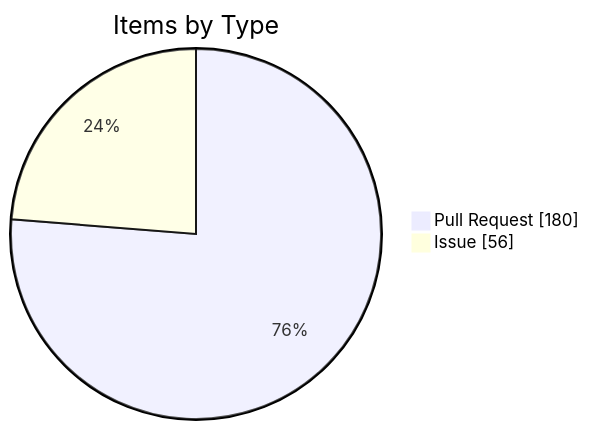
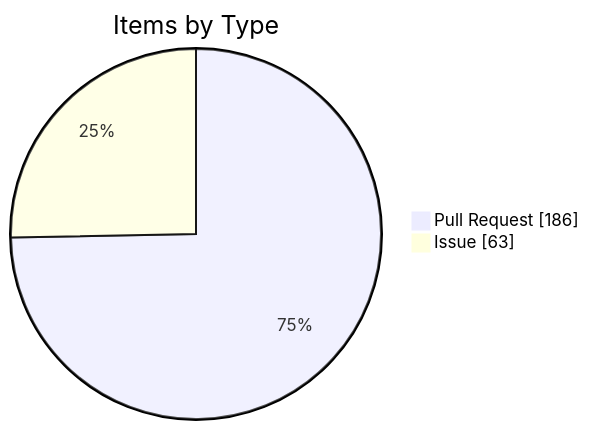
Before and after one commit to KBVE/kbve: the fourth of 4 diagrams in apps/kbve/astro-kbve/src/content/docs/dashboard/kanban-data.mdx, drawn with Mermaid. The commit also changed other lines of this file and 2 other files, not shown here.

````diff
--- a/apps/kbve/astro-kbve/src/content/docs/dashboard/kanban-data.mdx
+++ b/apps/kbve/astro-kbve/src/content/docs/dashboard/kanban-data.mdx
@@ -116,6 +116,6 @@
 ```mermaid
 pie showData
     title Items by Type
-    "Pull Request" : 180
-    "Issue" : 56
+    "Pull Request" : 186
+    "Issue" : 63
 ```
````
